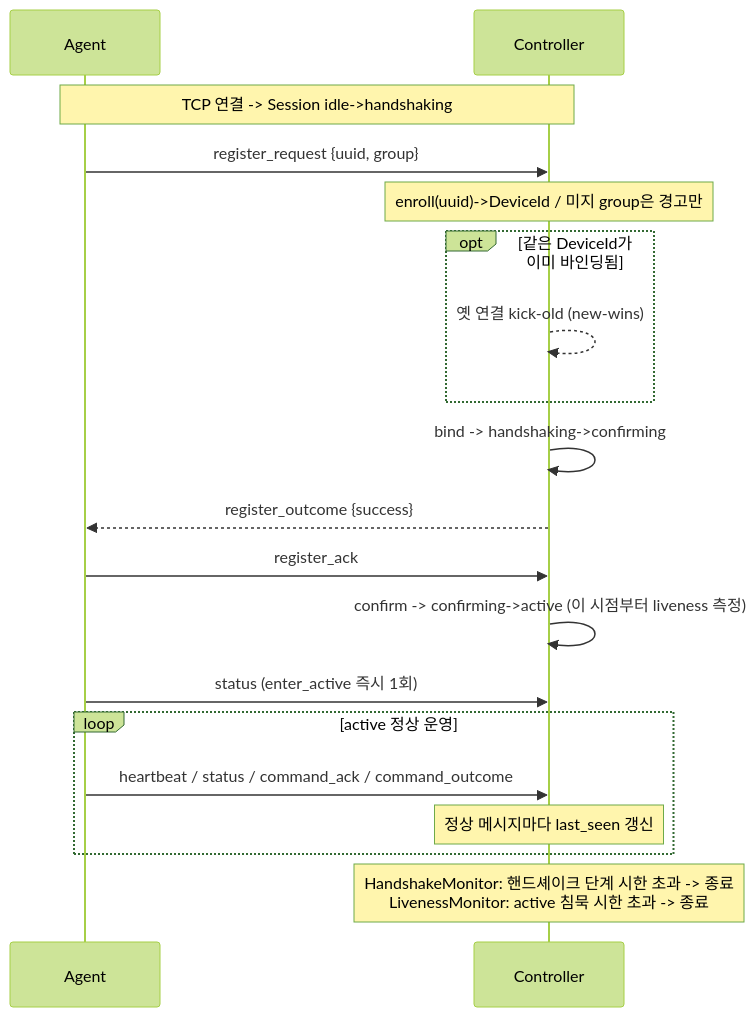
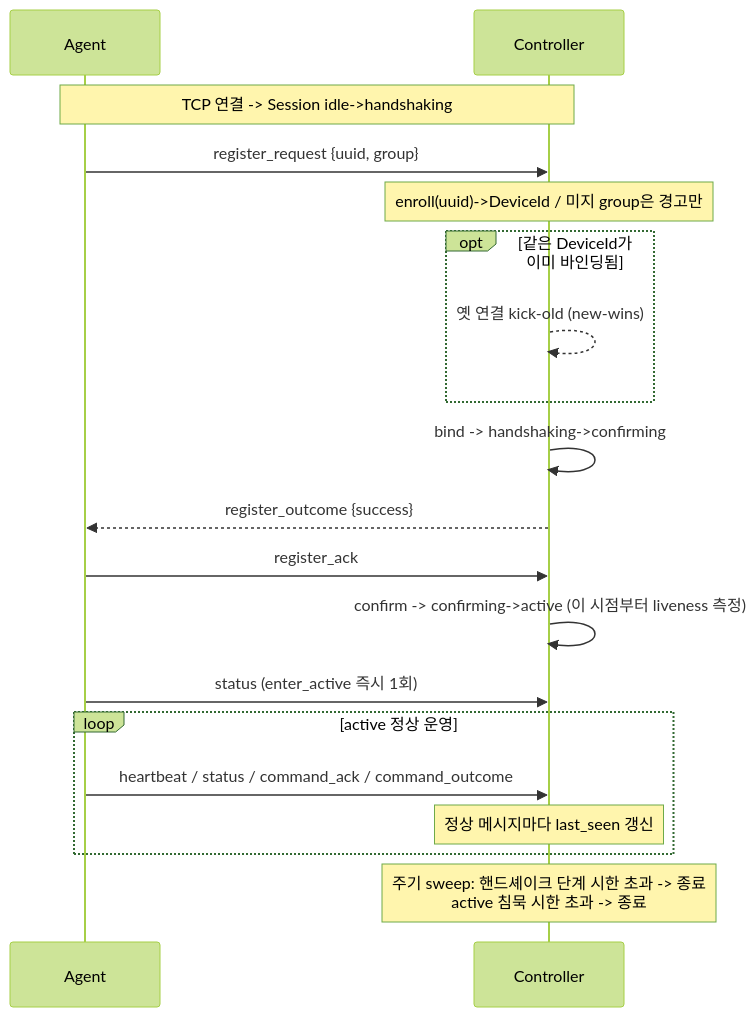
The fourth of 10 diagrams in docs/ARCHITECTURE.md (dnlfis42/ddcs), drawn with Mermaid (forest theme) before and after one commit. The commit also changed other lines of this file and 4 other files, not shown here.

````diff
--- a/docs/ARCHITECTURE.md
+++ b/docs/ARCHITECTURE.md
@@ -192,21 +183,21 @@
 ```mermaid
 sequenceDiagram
   participant A as Agent
   participant C as Controller
   Note over A,C: TCP 연결 -> Session idle->handshaking
   A->>C: register_request {uuid, group}
   Note over C: enroll(uuid)->DeviceId / 미지 group은 경고만
   opt 같은 DeviceId가 이미 바인딩됨
     C-->>C: 옛 연결 kick-old (new-wins)
   end
   C->>C: bind -> handshaking->confirming
   C-->>A: register_outcome {success}
   A->>C: register_ack
   C->>C: confirm -> confirming->active (이 시점부터 liveness 측정)
   A->>C: status (enter_active 즉시 1회)
   loop active 정상 운영
     A->>C: heartbeat / status / command_ack / command_outcome
     Note over C: 정상 메시지마다 last_seen 갱신
   end
-  Note over C: HandshakeMonitor: 핸드셰이크 단계 시한 초과 -> 종료<br/>LivenessMonitor: active 침묵 시한 초과 -> 종료
+  Note over C: 주기 sweep: 핸드셰이크 단계 시한 초과 -> 종료<br/>active 침묵 시한 초과 -> 종료
 ```
````
